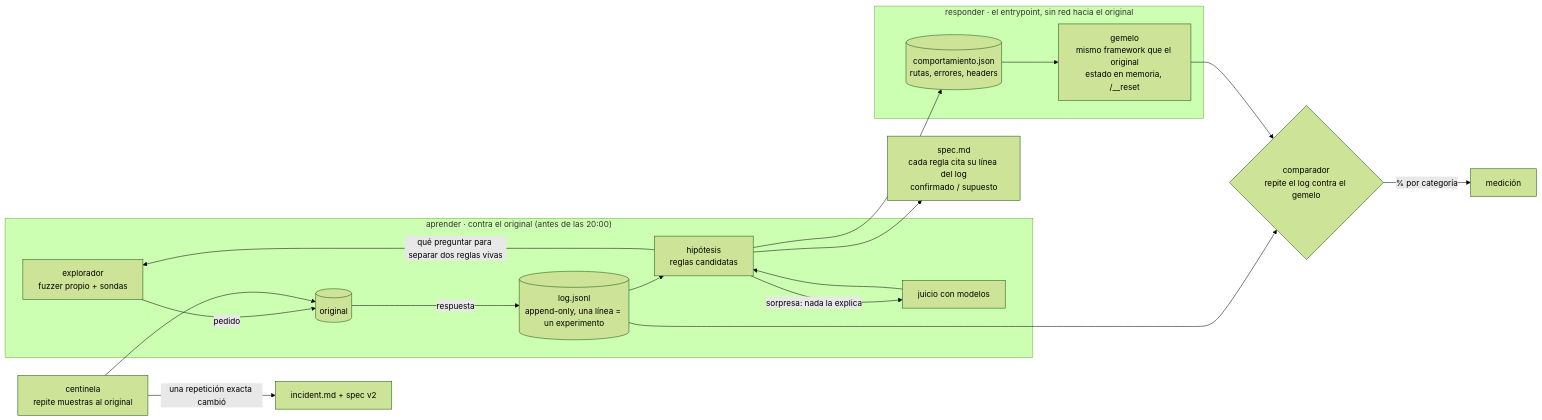
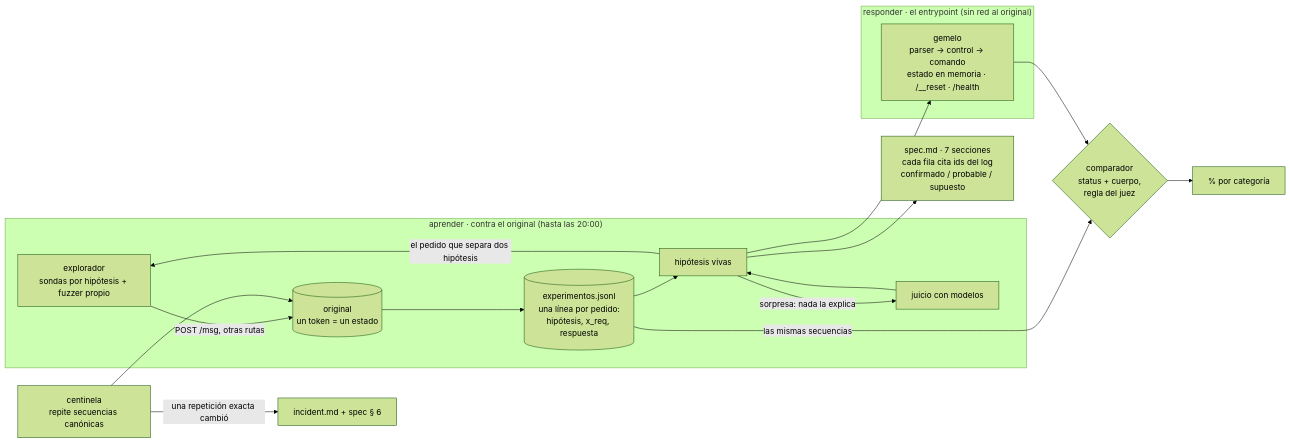
One commit to rominapitronello/frontier-bog26-caja-negra changed the diagram in DISENO.md. Above: the diagram before and after it, drawn with Mermaid (forest theme). The commit also changed other lines of this file and 5 other files, not shown here.

First line of the commit message:
material del reto y diseño con lo que dice: sin headers, log y spec con formato fijo

````diff
--- a/DISENO.md
+++ b/DISENO.md
@@ -24,21 +25,20 @@
 ```mermaid
 flowchart LR
-  subgraph aprender["aprender · contra el original (antes de las 20:00)"]
-    EX[explorador<br/>fuzzer propio + sondas] -->|pedido| OR[(original)]
-    OR -->|respuesta| LOG[(log.jsonl<br/>append-only, una línea = un experimento)]
-    LOG --> HI[hipótesis<br/>reglas candidatas]
-    HI -->|qué preguntar para separar dos reglas vivas| EX
+  subgraph aprender["aprender · contra el original (hasta las 20:00)"]
+    EX[explorador<br/>sondas por hipótesis + fuzzer propio] -->|POST /msg, otras rutas| OR[(original<br/>un token = un estado)]
+    OR --> LOG[(experimentos.jsonl<br/>una línea por pedido:<br/>hipótesis, x_req, respuesta)]
+    LOG --> HI[hipótesis vivas]
+    HI -->|el pedido que separa dos hipótesis| EX
     HI -->|sorpresa: nada la explica| LLM[juicio con modelos]
     LLM --> HI
   end
-  HI --> SPEC[spec.md<br/>cada regla cita su línea del log<br/>confirmado / supuesto]
-  HI --> DAT[(comportamiento.json<br/>rutas, errores, headers)]
-  subgraph responder["responder · el entrypoint, sin red hacia el original"]
-    DAT --> GE[gemelo<br/>mismo framework que el original<br/>estado en memoria, /__reset]
+  HI --> SPEC[spec.md · 7 secciones<br/>cada fila cita ids del log<br/>confirmado / probable / supuesto]
+  HI --> GE
+  subgraph responder["responder · el entrypoint (sin red al original)"]
+    GE[gemelo<br/>parser → control → comando<br/>estado en memoria · /__reset · /health]
   end
-  LOG --> CMP{comparador<br/>repite el log contra el gemelo}
-  GE --> CMP
-  CMP -->|% por categoría| MED[medición]
-  CEN[centinela<br/>repite muestras al original] --> OR
-  CEN -->|una repetición exacta cambió| INC[incident.md + spec v2]
+  LOG -->|las mismas secuencias| CMP{comparador<br/>status + cuerpo,<br/>regla del juez}
+  GE --> CMP --> MED[% por categoría]
+  CEN[centinela<br/>repite secuencias canónicas] --> OR
+  CEN -->|una repetición exacta cambió| INC[incident.md + spec § 6]
 ```
````
